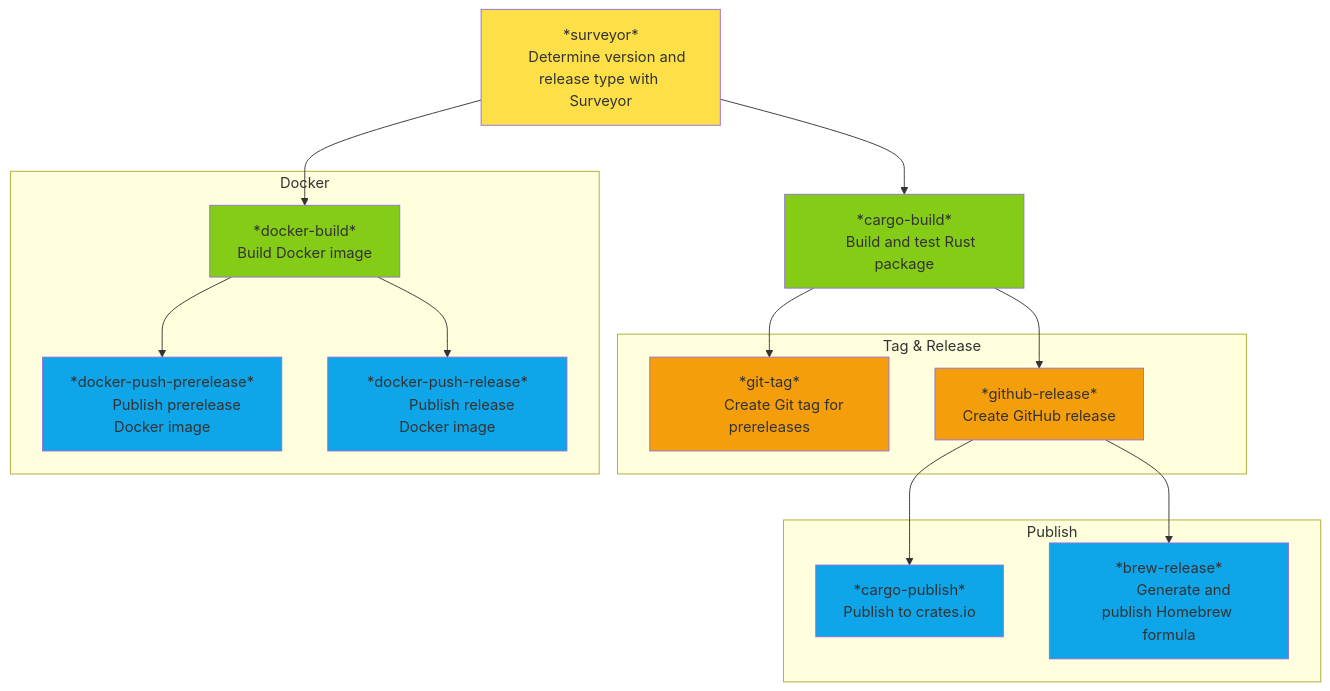
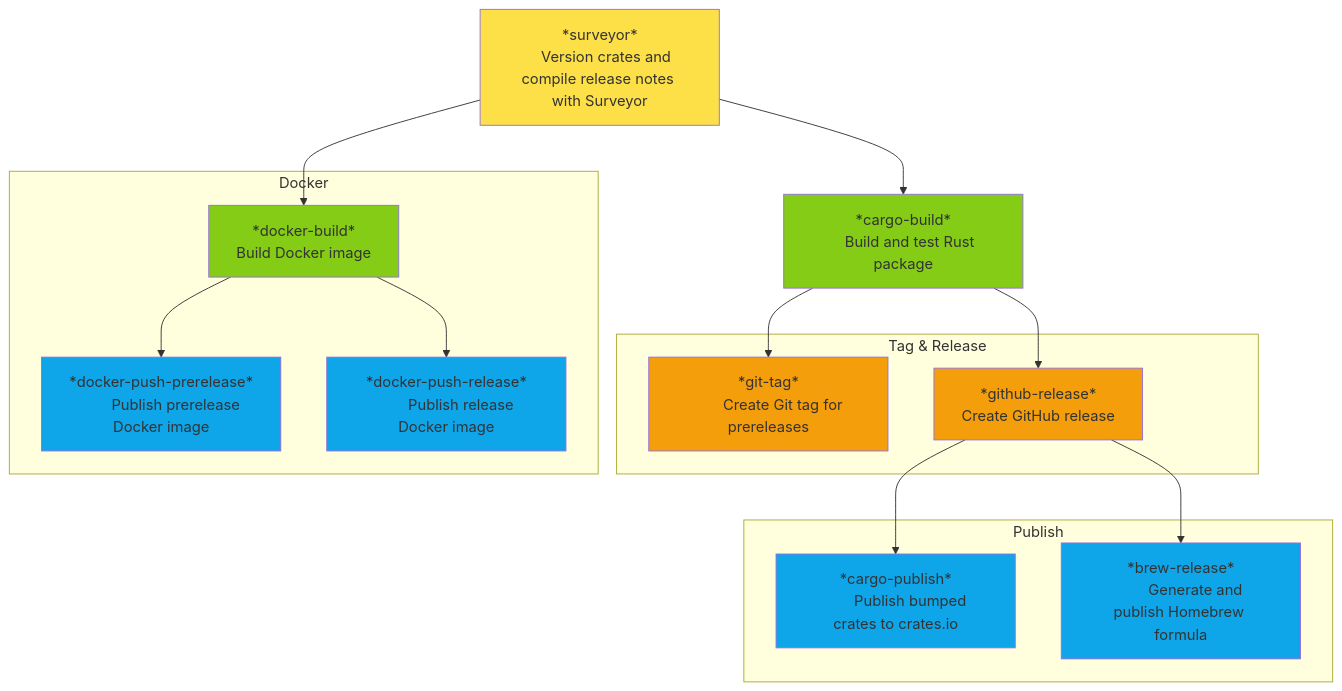
One commit to StudioLE/Actions changed the fourth of 4 diagrams in README.md. Above: the diagram before and after it, drawn with Mermaid. The commit also changed other lines of this file and 8 other files, not shown here.

````diff
--- a/README.md
+++ b/README.md
@@ -175,50 +175,50 @@
 ```mermaid
 flowchart TD
     surveyor[*surveyor*
-    Determine version and release type with Surveyor]:::SURVEYOR
+    Version crates and compile release notes with Surveyor]:::SURVEYOR
 
     cargo-build[*cargo-build*
     Build and test Rust package]:::BUILD
 
     subgraph TAG[Tag & Release]
         git-tag[*git-tag*
         Create Git tag for prereleases]:::RELEASE
         github-release[*github-release*
         Create GitHub release]:::RELEASE
     end
 
     subgraph PUBLISH[Publish]
         cargo-publish[*cargo-publish*
-        Publish to crates.io]:::PUSH
+        Publish bumped crates to crates.io]:::PUSH
         brew-release[*brew-release*
         Generate and publish Homebrew formula]:::PUSH
     end
 
     subgraph DOCKER[Docker]
         docker-build[*docker-build*
         Build Docker image]:::BUILD
         docker-push-prerelease[*docker-push-prerelease*
         Publish prerelease Docker image]:::PUSH
         docker-push-release[*docker-push-release*
         Publish release Docker image]:::PUSH
     end
 
     %% Main workflow connections
     surveyor --> cargo-build
 
     cargo-build --> git-tag
     cargo-build --> github-release
 
     github-release --> cargo-publish
     github-release --> brew-release
 
     surveyor --> docker-build
     docker-build --> docker-push-prerelease
     docker-build --> docker-push-release
 
     %% Styling with Tailwind colors
     classDef SURVEYOR fill:#fde047
     classDef BUILD fill:#84cc16
     classDef RELEASE fill:#f59e0b
     classDef PUSH fill:#0ea5e9
 ```
````
